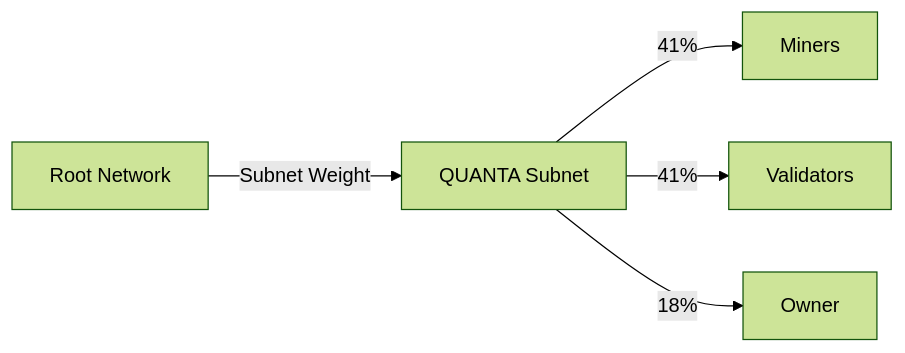
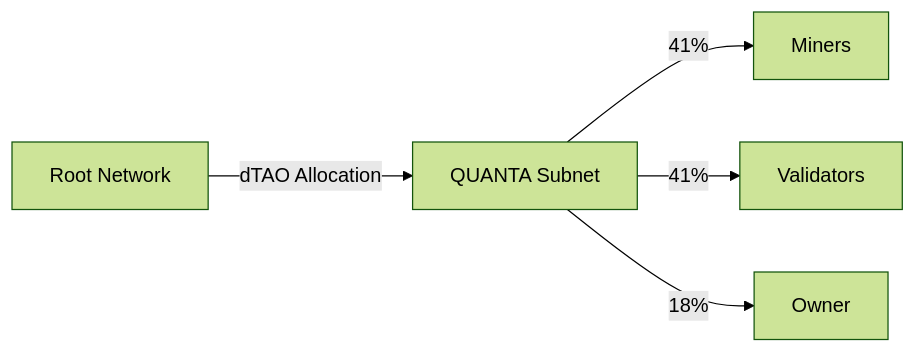
One commit to RMITL/qsub-net changed the diagram in docs/tokenomics/emissions.mdx. Above: the diagram before and after it, drawn with Mermaid (forest theme). The commit also changed other lines of this file and 40 other files, not shown here.

````diff
--- a/docs/tokenomics/emissions.mdx
+++ b/docs/tokenomics/emissions.mdx
@@ -16,7 +31,7 @@
 ```mermaid
 graph LR
-    ROOT[Root Network] -->|Subnet Weight| QUANTA[QUANTA Subnet]
+    ROOT[Root Network] -->|dTAO Allocation| QUANTA[QUANTA Subnet]
     QUANTA -->|41%| M[Miners]
     QUANTA -->|41%| V[Validators]
     QUANTA -->|18%| O[Owner]
 ```
````
